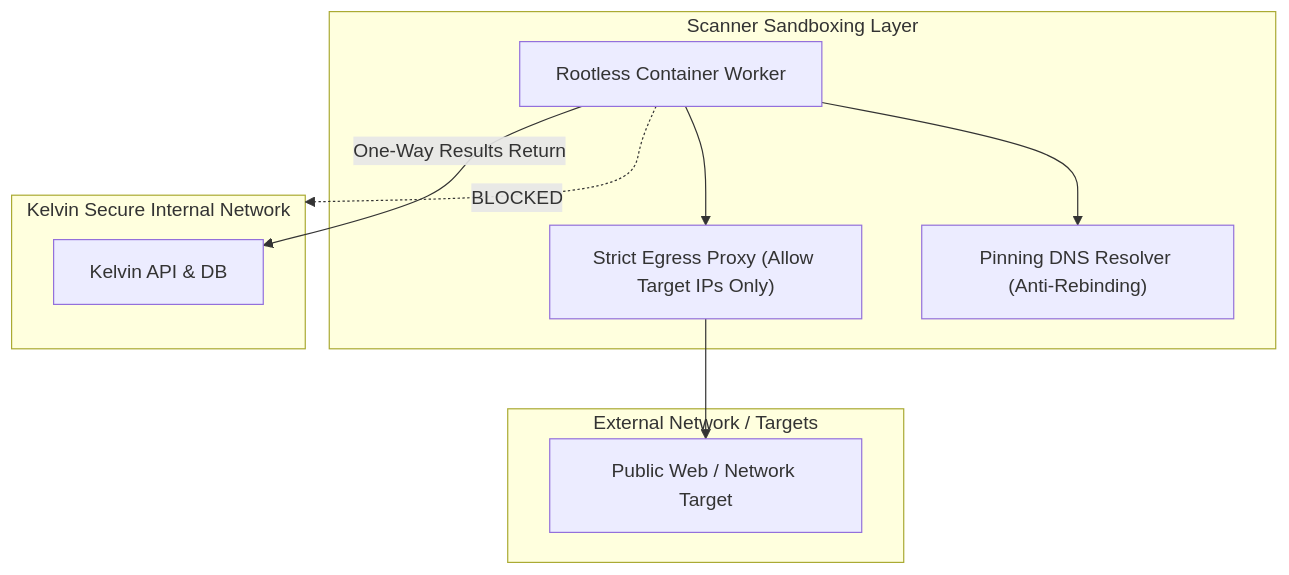
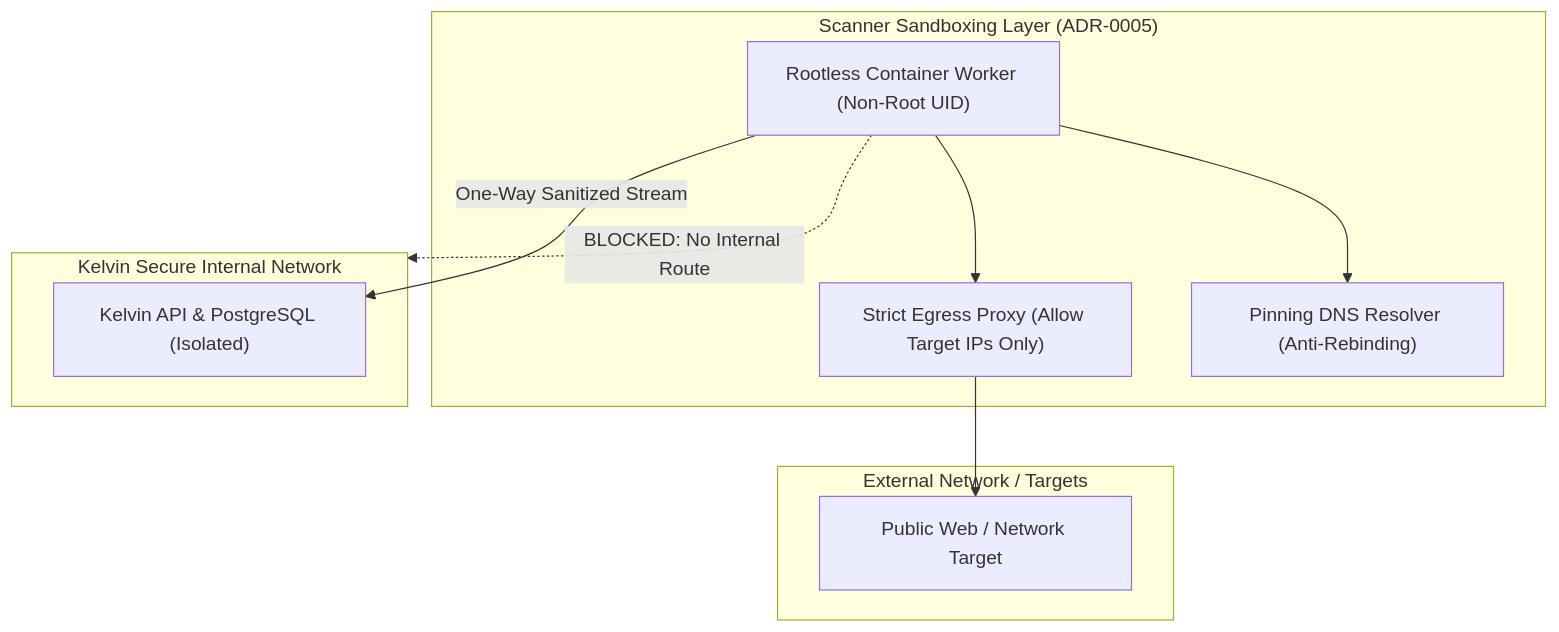
Before and after one commit to eOzkahq/Kelvin: the fourth of 4 diagrams in docs/ARCHITECTURE_AND_FEATURES.md, drawn with Mermaid. The commit also changed other lines of this file and 10 other files, not shown here.

First line of the commit message:
docs(architecture): harmonize foundation specifications and documentation with ADR-0001 through ADR-0005 (P1-26)

````diff
--- a/docs/ARCHITECTURE_AND_FEATURES.md
+++ b/docs/ARCHITECTURE_AND_FEATURES.md
@@ -143,22 +144,22 @@
 ```mermaid
 flowchart TD
     subgraph External["External Network / Targets"]
         InternetTarget["Public Web / Network Target"]
     end
 
-    subgraph DMZ["Scanner Sandboxing Layer"]
-        Container["Rootless Container Worker"]
+    subgraph DMZ["Scanner Sandboxing Layer (ADR-0005)"]
+        Container["Rootless Container Worker (Non-Root UID)"]
         EgressFilter["Strict Egress Proxy (Allow Target IPs Only)"]
         DNSResolver["Pinning DNS Resolver (Anti-Rebinding)"]
     end
 
     subgraph Internal["Kelvin Secure Internal Network"]
-        APIServer["Kelvin API & DB"]
+        APIServer["Kelvin API & PostgreSQL (Isolated)"]
     end
 
     Container --> DNSResolver
     Container --> EgressFilter
     EgressFilter --> InternetTarget
-    Container -.->|BLOCKED| Internal
-    Container -->|One-Way Results Return| APIServer
+    Container -.->|BLOCKED: No Internal Route| Internal
+    Container -->|One-Way Sanitized Stream| APIServer
 ```
````
